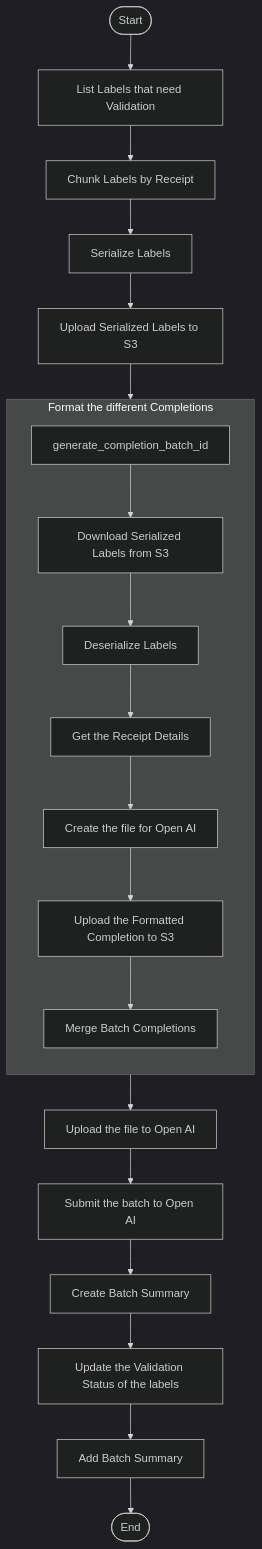
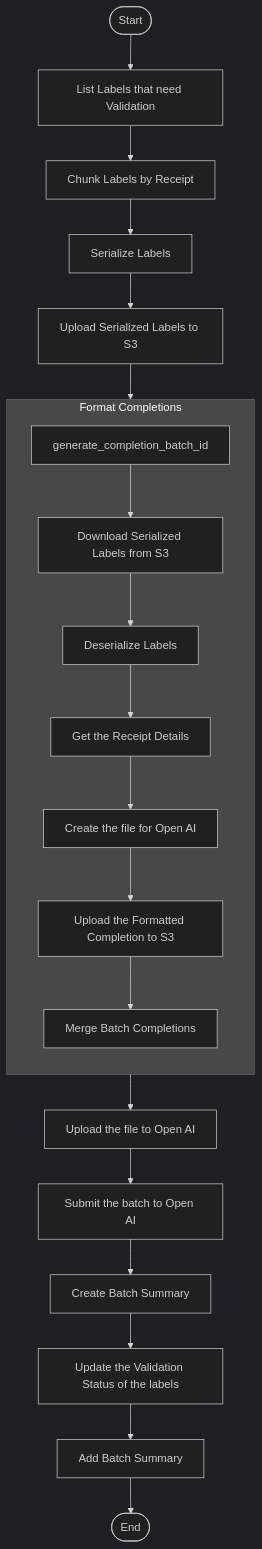
Before and after one commit to tnorlund/Portfolio: the diagram in receipt_label/receipt_label/submit_completion_batch/README.md, drawn with Mermaid (dark theme).

````diff
--- a/receipt_label/receipt_label/submit_completion_batch/README.md
+++ b/receipt_label/receipt_label/submit_completion_batch/README.md
@@ -100,26 +100,26 @@
 ```mermaid
 flowchart TB
     Start([Start]) --> list_labels_that_need_validation["List Labels that need Validation"]
     list_labels_that_need_validation --> chunk_into_completion_batches["Chunk Labels by Receipt"]
     chunk_into_completion_batches --> serialize_labels["Serialize Labels"]
     serialize_labels --> upload_serialized_labels["Upload Serialized Labels to S3"]
     upload_serialized_labels --> format_ndjsons
 
-    subgraph format_ndjsons["Format the different Completions"]
+    subgraph format_ndjsons["Format Completions"]
         direction TB
         generate_completion_batch_id --> download_serialized_labels["Download Serialized Labels from S3"]
         download_serialized_labels --> deserialize_labels["Deserialize Labels"]
         deserialize_labels --> get_receipt_details["Get the Receipt Details"]
         get_receipt_details --> format_batch_completion_file["Create the file for Open AI"]
         format_batch_completion_file --> upload_completion_batch_file["Upload the Formatted Completion to S3"]
         upload_completion_batch_file --> merge_ndjsons
     end
 
     merge_ndjsons["Merge Batch Completions"] --> upload_to_openai["Upload the file to Open AI"]
     upload_to_openai --> submit_openai_batch["Submit the batch to Open AI"]
     submit_openai_batch --> create_batch_summary["Create Batch Summary"]
     create_batch_summary --> update_label_validation_status["Update the Validation Status of the labels"]
     update_label_validation_status --> add_batch_summary["Add Batch Summary"]
 
     add_batch_summary --> END([End])
 ```
````
